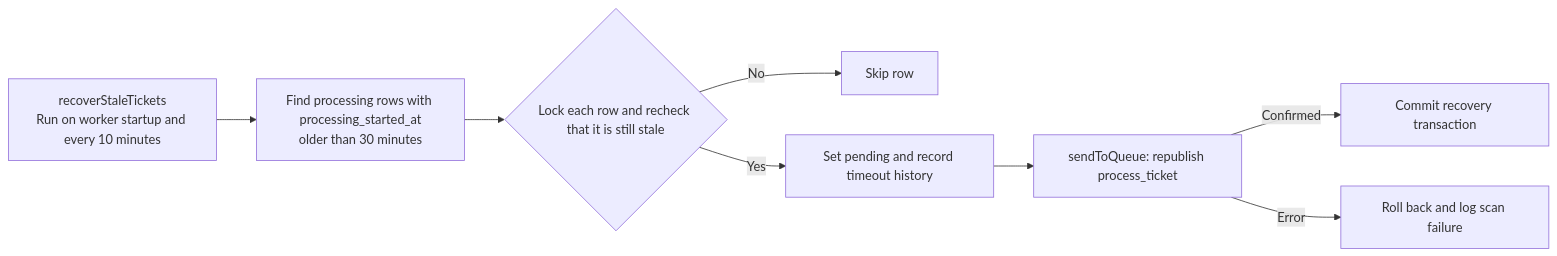
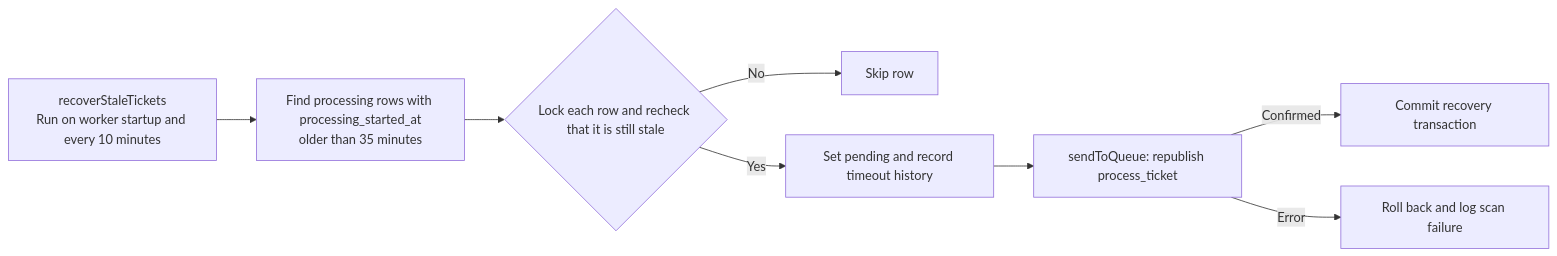
Before and after one commit to ShivamLimbachiya2024/AI-Support-Ticket-Triage: the third of 6 diagrams in docs/ticket-processing-flow.md, drawn with Mermaid. The commit also changed other lines of this file and 1 other file, not shown here.

Commit message:
Update README and ticket processing flow documentation for clarity and accuracy

````diff
--- a/docs/ticket-processing-flow.md
+++ b/docs/ticket-processing-flow.md
@@ -109,10 +109,10 @@
 ```mermaid
 flowchart LR
-    A["recoverStaleTickets<br/>Run on worker startup and every 10 minutes"] --> B["Find processing rows with processing_started_at<br/>older than 30 minutes"]
+    A["recoverStaleTickets<br/>Run on worker startup and every 10 minutes"] --> B["Find processing rows with processing_started_at<br/>older than 35 minutes"]
     B --> C{"Lock each row and recheck that it is still stale"}
     C -- No --> D["Skip row"]
     C -- Yes --> E["Set pending and record timeout history"]
     E --> F["sendToQueue: republish process_ticket"]
     F -- Confirmed --> G["Commit recovery transaction"]
     F -- Error --> H["Roll back and log scan failure"]
 ```
````
